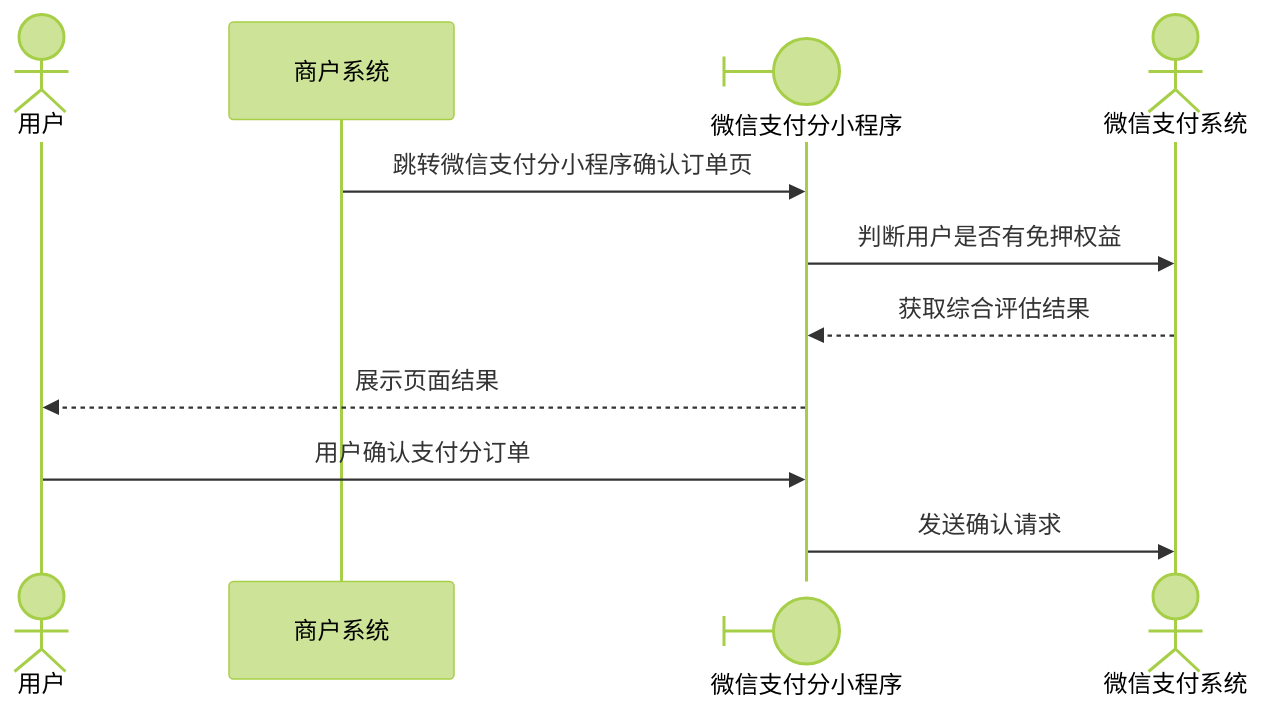
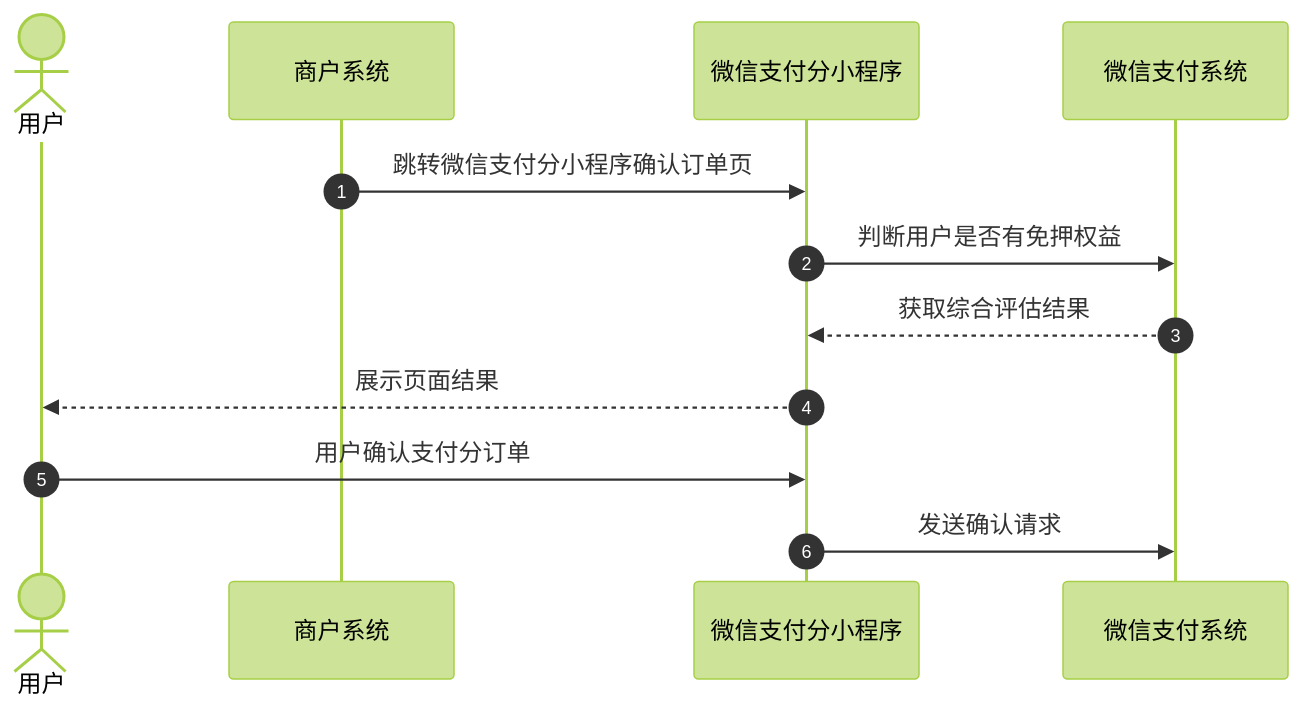
Before and after one commit to minibear2021/wechatpay_docs: the third of 6 diagrams in docs/partner/pages/4012586134.md, drawn with Mermaid (forest theme). The commit also changed other lines of this file and 46 other files, not shown here.

````diff
--- a/docs/partner/pages/4012586134.md
+++ b/docs/partner/pages/4012586134.md
@@ -104,15 +102,14 @@
 ```mermaid
 sequenceDiagram
-
-        actor User as 用户
-        participant Mch as 商户系统
-        participant WxPay@{ type: boundary } as 微信支付分小程序
-        participant WxPay2@{ type: actor, xwattType: secondaryActor } as 微信支付系统
-
-        Mch->>WxPay: 跳转微信支付分小程序确认订单页
-        WxPay->>WxPay2: 判断用户是否有免押权益
-        WxPay2-->>WxPay: 获取综合评估结果
-        WxPay-->>User: 展示页面结果
-        User->>WxPay: 用户确认支付分订单
-        WxPay->>WxPay2: 发送确认请求
+  autonumber
+  actor p0 as 用户
+  participant p1 as 商户系统
+  participant p2 as 微信支付分小程序
+  participant p3 as 微信支付系统
+  p1->>p2: 跳转微信支付分小程序确认订单页
+  p2->>p3: 判断用户是否有免押权益
+  p3-->>p2: 获取综合评估结果
+  p2-->>p0: 展示页面结果
+  p0->>p2: 用户确认支付分订单
+  p2->>p3: 发送确认请求
 ```
````
